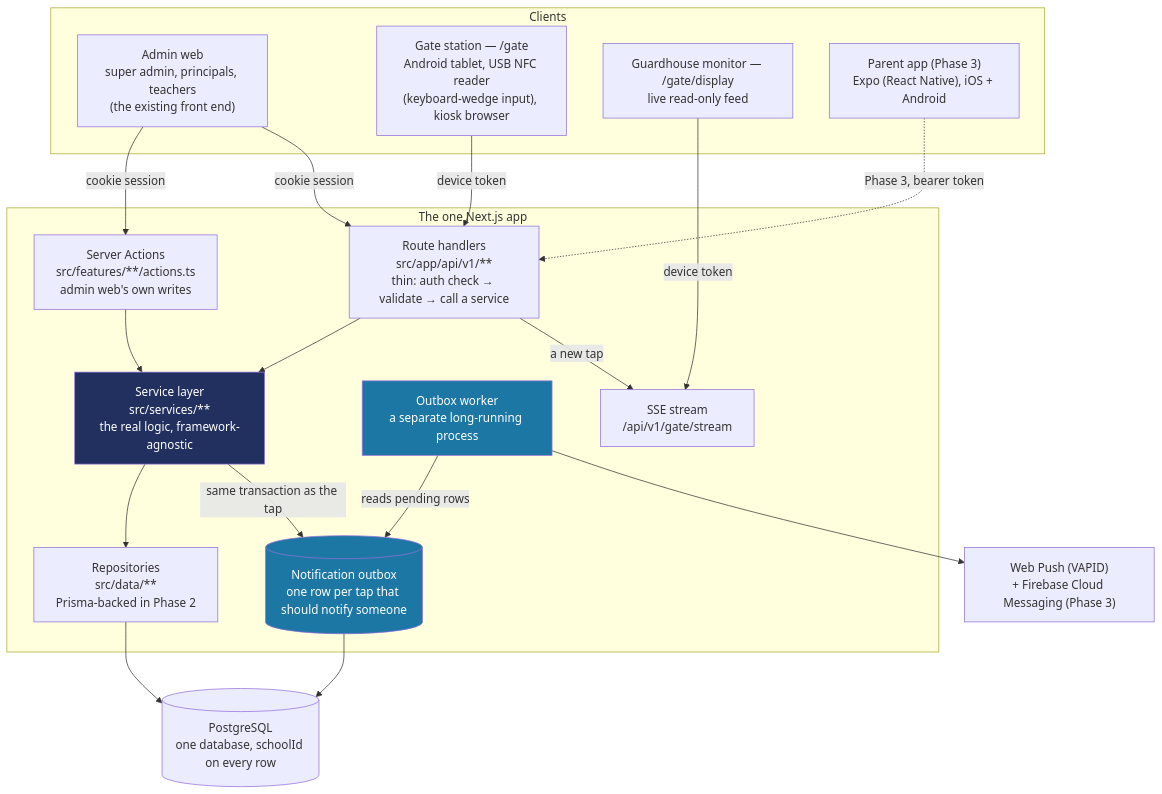
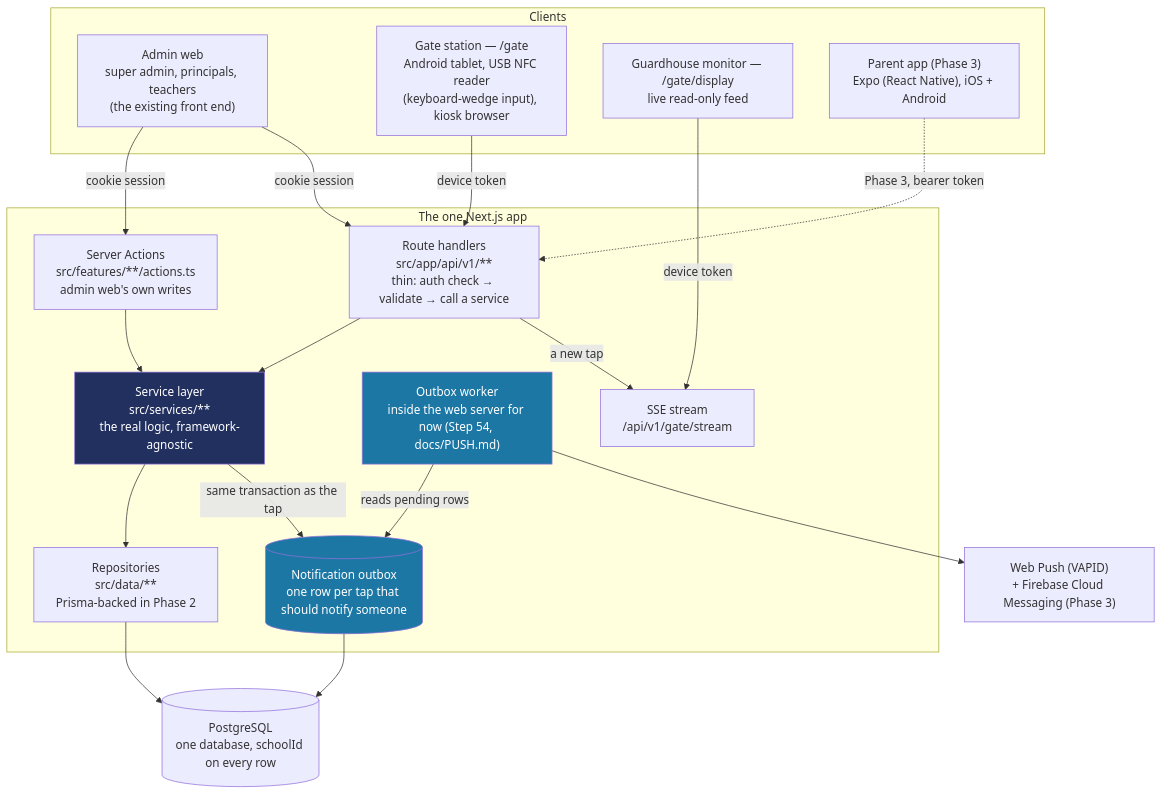
The first of 2 diagrams in docs/ARCHITECTURE.md (psmacabulos/talaan), drawn with Mermaid before and after one commit. The commit also changed other lines of this file and 43 other files, not shown here.

````diff
--- a/docs/ARCHITECTURE.md
+++ b/docs/ARCHITECTURE.md
@@ -13,42 +13,42 @@
 ```mermaid
 flowchart TB
     subgraph clients["Clients"]
         Admin["Admin web<br/>super admin, principals, teachers<br/>(the existing front end)"]
         Gate["Gate station — /gate<br/>Android tablet, USB NFC reader<br/>(keyboard-wedge input), kiosk browser"]
         Monitor["Guardhouse monitor — /gate/display<br/>live read-only feed"]
         ParentApp["Parent app (Phase 3)<br/>Expo (React Native), iOS + Android"]
     end
 
     subgraph app["The one Next.js app"]
         Routes["Route handlers<br/>src/app/api/v1/**<br/>thin: auth check → validate → call a service"]
         Actions["Server Actions<br/>src/features/**/actions.ts<br/>admin web's own writes"]
         Services["Service layer<br/>src/services/**<br/>the real logic, framework-agnostic"]
         Repos["Repositories<br/>src/data/**<br/>Prisma-backed in Phase 2"]
         Outbox[("Notification outbox<br/>one row per tap that should notify someone")]
-        Worker["Outbox worker<br/>a separate long-running process"]
+        Worker["Outbox worker<br/>inside the web server for now (Step 54, docs/PUSH.md)"]
         SSE["SSE stream<br/>/api/v1/gate/stream"]
     end
 
     DB[("PostgreSQL<br/>one database, schoolId on every row")]
     Push["Web Push (VAPID)<br/>+ Firebase Cloud Messaging (Phase 3)"]
 
     Admin -->|cookie session| Actions
     Admin -->|cookie session| Routes
     Gate -->|device token| Routes
     Monitor -->|device token| SSE
     ParentApp -.->|Phase 3, bearer token| Routes
 
     Routes --> Services
     Actions --> Services
     Services --> Repos
     Services -->|same transaction as the tap| Outbox
     Repos --> DB
     Outbox --> DB
     Worker -->|reads pending rows| Outbox
     Worker --> Push
     Routes -->|a new tap| SSE
 
     style Services fill:#223060,color:#fff
     style Outbox fill:#1C77A5,color:#fff
     style Worker fill:#1C77A5,color:#fff
 ```
````
